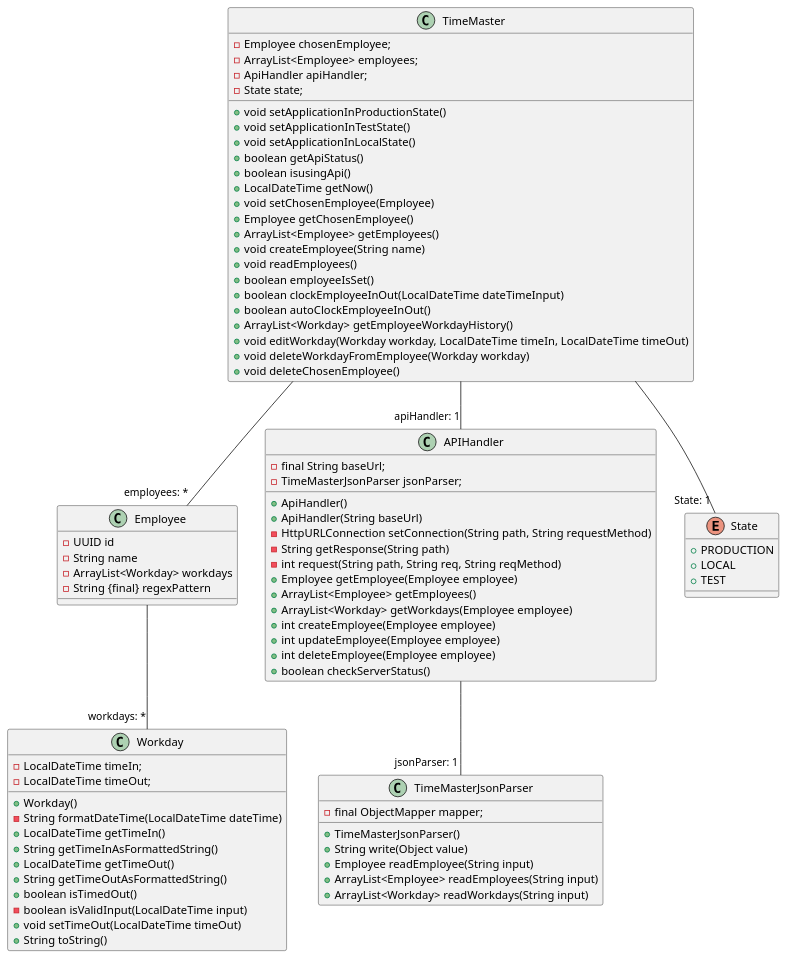
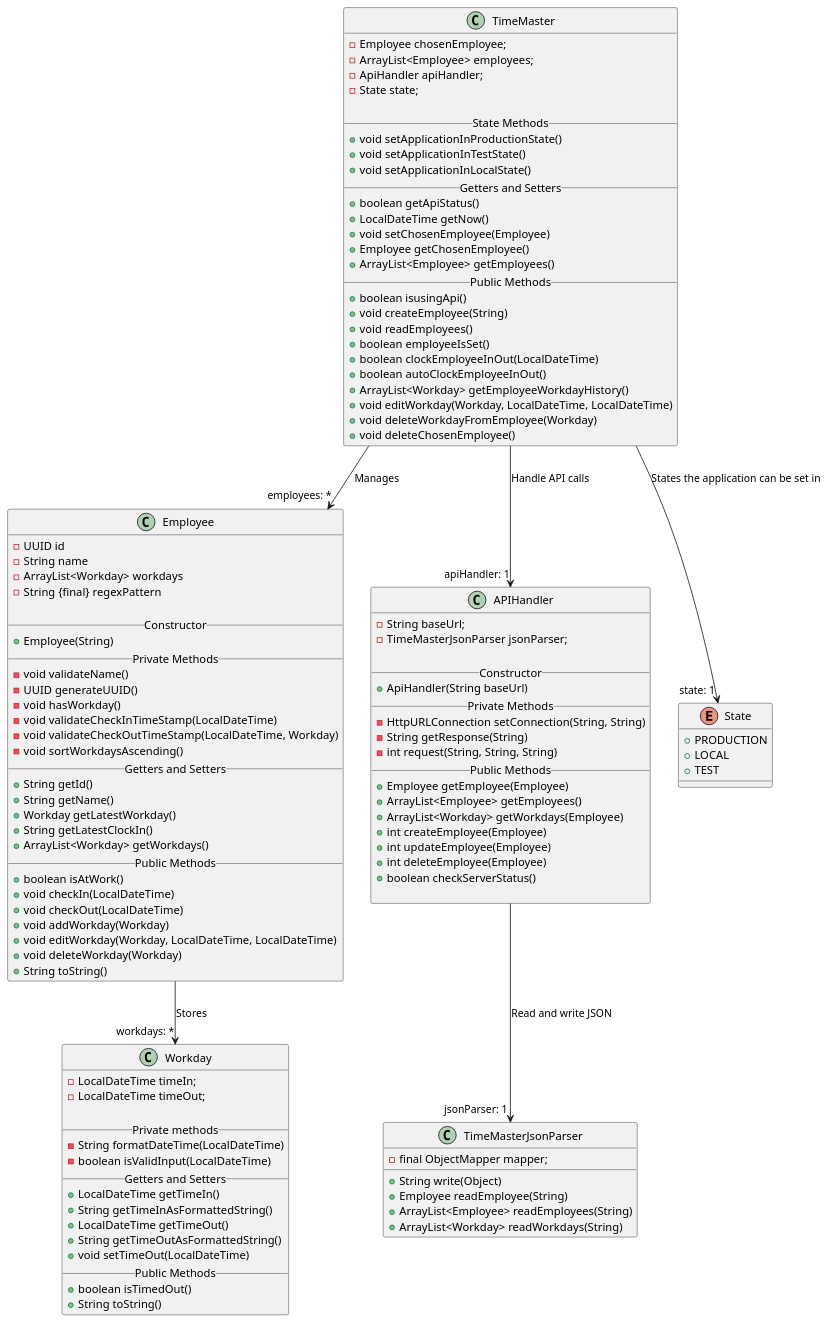
The diagram in docs/diagrams/classdiagram2.plantuml (sleipner01/TimeMaster), drawn with PlantUML before and after one commit.

Commit message:
Progress in classdiagram
Added methdos in Employee. Sorted methods and added titles to group methods in all classes

Issue: #69

```diff
--- a/docs/diagrams/classdiagram2.plantuml
+++ b/docs/diagrams/classdiagram2.plantuml
@@ -1,96 +1,126 @@
 @startuml Time Master
 
 class TimeMaster {
   - Employee chosenEmployee;
   - ArrayList<Employee> employees;
   - ApiHandler apiHandler;
   - State state;
 
+  __State Methods__
   + void setApplicationInProductionState()
   + void setApplicationInTestState()
   + void setApplicationInLocalState()
+  __Getters and Setters__
   + boolean getApiStatus()
-  + boolean isusingApi()
   + LocalDateTime getNow()
   + void setChosenEmployee(Employee)
   + Employee getChosenEmployee()
   + ArrayList<Employee> getEmployees()
-  + void createEmployee(String name)
+  __Public Methods__
+  + boolean isusingApi()
+  + void createEmployee(String)
   + void readEmployees()
   + boolean employeeIsSet()
-  + boolean clockEmployeeInOut(LocalDateTime dateTimeInput) 
+  + boolean clockEmployeeInOut(LocalDateTime) 
   + boolean autoClockEmployeeInOut() 
   + ArrayList<Workday> getEmployeeWorkdayHistory() 
-  + void editWorkday(Workday workday, LocalDateTime timeIn, LocalDateTime timeOut)
-  + void deleteWorkdayFromEmployee(Workday workday)
+  + void editWorkday(Workday, LocalDateTime, LocalDateTime)
+  + void deleteWorkdayFromEmployee(Workday)
   + void deleteChosenEmployee()
 }
 
 class Employee{
   - UUID id
   - String name
   - ArrayList<Workday> workdays
   - String {final} regexPattern
+
+  __Constructor__
+  + Employee(String)
+  __Private Methods__
+  - void validateName()
+  - UUID generateUUID()
+  - void hasWorkday()
+  - void validateCheckInTimeStamp(LocalDateTime)
+  - void validateCheckOutTimeStamp(LocalDateTime, Workday)
+  - void sortWorkdaysAscending()
+  __Getters and Setters__
+  + String getId()
+  + String getName()
+  + Workday getLatestWorkday()
+  + String getLatestClockIn()
+  + ArrayList<Workday> getWorkdays()
+  __Public Methods__
+  + boolean isAtWork()
+  + void checkIn(LocalDateTime)
+  + void checkOut(LocalDateTime)
+  + void addWorkday(Workday)
+  + void editWorkday(Workday, LocalDateTime, LocalDateTime)
+  + void deleteWorkday(Workday)
+  + String toString()
 }
 
 class Workday{
   - LocalDateTime timeIn;
   - LocalDateTime timeOut;
 
-  + Workday()
-  - String formatDateTime(LocalDateTime dateTime)
+  __Private methods__
+  - String formatDateTime(LocalDateTime)
+  - boolean isValidInput(LocalDateTime)
+  __Getters and Setters__
   + LocalDateTime getTimeIn()
   + String getTimeInAsFormattedString() 
   + LocalDateTime getTimeOut()
   + String getTimeOutAsFormattedString()
+  + void setTimeOut(LocalDateTime)
+  __Public Methods__
   + boolean isTimedOut()
-  - boolean isValidInput(LocalDateTime input)
-  + void setTimeOut(LocalDateTime timeOut)
   + String toString()
 }
 
 
 class APIHandler{
-  - final String baseUrl;
+  - String baseUrl;
   - TimeMasterJsonParser jsonParser;
 
-  + ApiHandler()
+  __Constructor__
   + ApiHandler(String baseUrl) 
-  - HttpURLConnection setConnection(String path, String requestMethod)
-  - String getResponse(String path)
-  - int request(String path, String req, String reqMethod)
-  + Employee getEmployee(Employee employee)
+  __Private Methods__
+  - HttpURLConnection setConnection(String, String)
+  - String getResponse(String)
+  - int request(String, String, String)
+  __Public Methods__
+  + Employee getEmployee(Employee)
   + ArrayList<Employee> getEmployees()
-  + ArrayList<Workday> getWorkdays(Employee employee)
-  + int createEmployee(Employee employee)
-  + int updateEmployee(Employee employee)
-  + int deleteEmployee(Employee employee)
+  + ArrayList<Workday> getWorkdays(Employee)
+  + int createEmployee(Employee)
+  + int updateEmployee(Employee)
+  + int deleteEmployee(Employee)
   + boolean checkServerStatus()
 
 }
 
 class TimeMasterJsonParser{
   - final ObjectMapper mapper;
 
-  + TimeMasterJsonParser()
-  + String write(Object value)
-  + Employee readEmployee(String input)
-  + ArrayList<Employee> readEmployees(String input) 
-  + ArrayList<Workday> readWorkdays(String input) 
+  + String write(Object)
+  + Employee readEmployee(String)
+  + ArrayList<Employee> readEmployees(String) 
+  + ArrayList<Workday> readWorkdays(String) 
 }
 
 enum State {
   + PRODUCTION
   + LOCAL
   + TEST
 }
 
 
-TimeMaster -- "employees: *" Employee
-TimeMaster -- "State: 1" State
-Employee -- "workdays: *" Workday 
-TimeMaster -- "apiHandler: 1" APIHandler
-APIHandler -- "jsonParser: 1" TimeMasterJsonParser
+TimeMaster --> "employees: *" Employee : Manages
+TimeMaster --> "state: 1" State : States the application can be set in
+Employee --> "workdays: *" Workday : Stores
+TimeMaster --> "apiHandler: 1" APIHandler : Handle API calls
+APIHandler --> "jsonParser: 1" TimeMasterJsonParser : Read and write JSON
 
 
 @enduml
```
